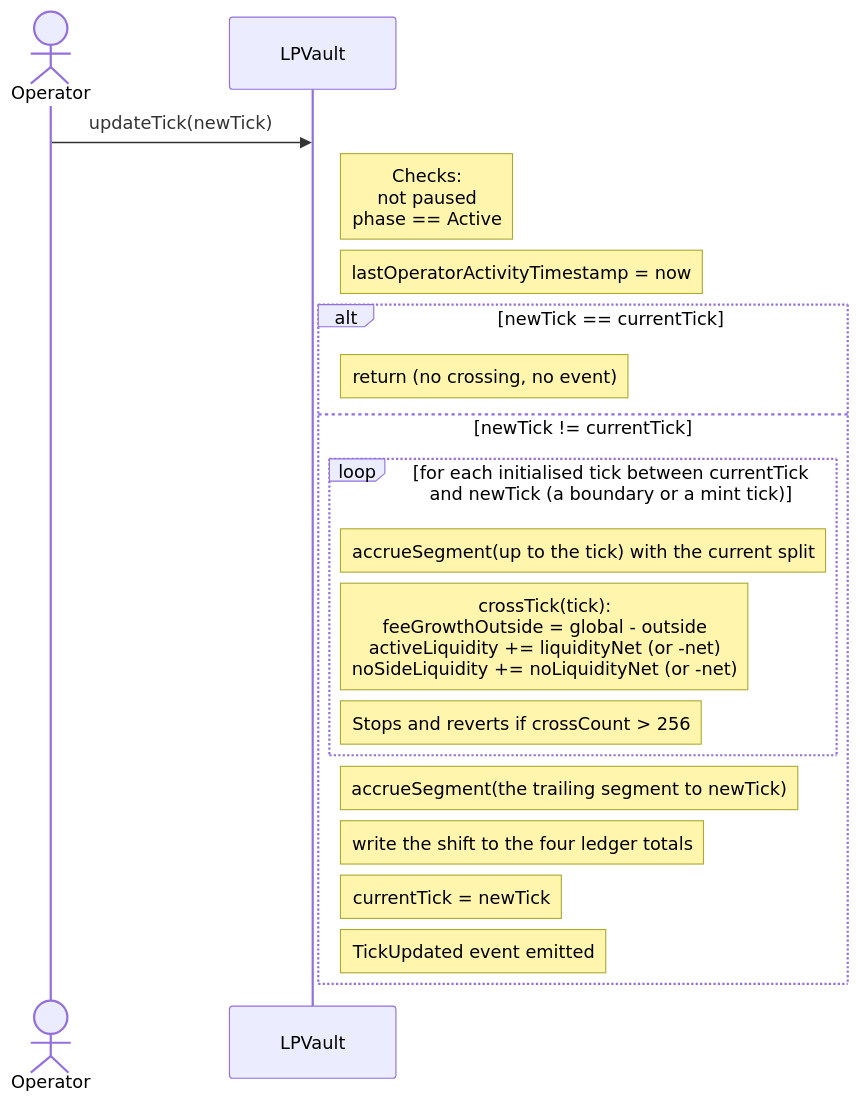
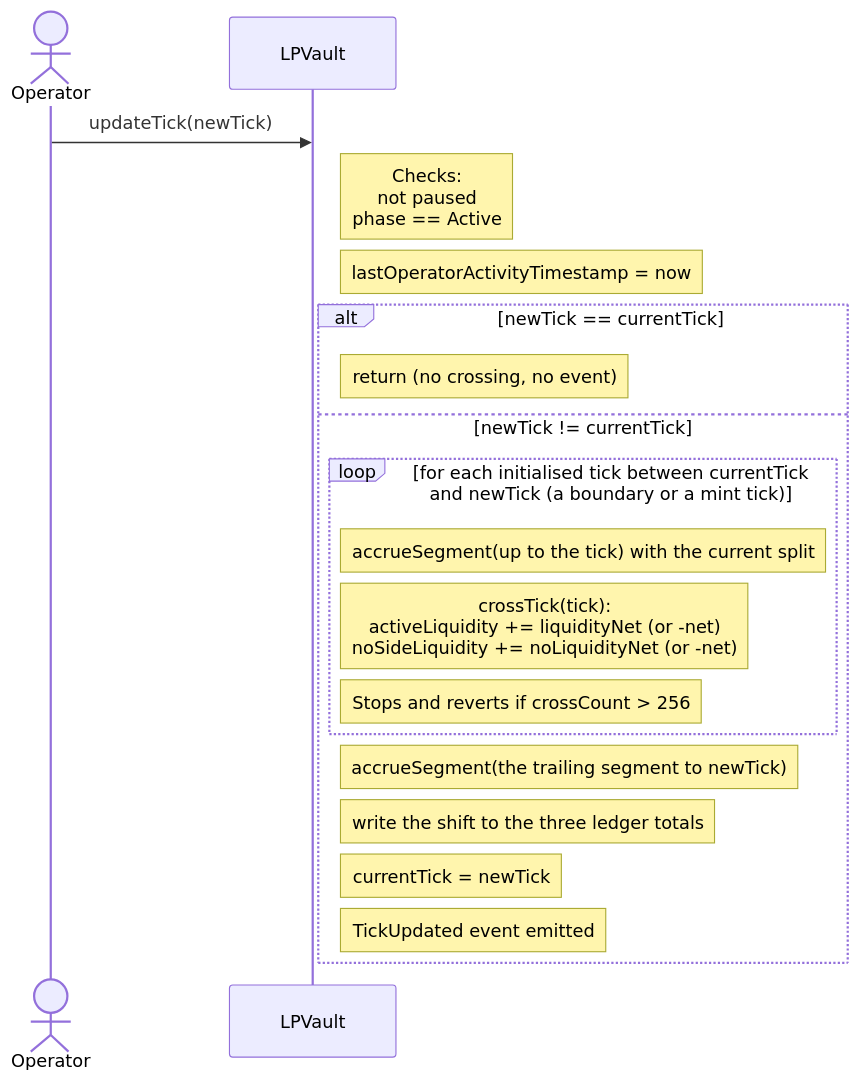
The tenth of 32 diagrams in REFERENCE.md (ProphetMarket/lp-vaults), drawn with Mermaid before and after one commit. The commit also changed other lines of this file and 3 other files, not shown here.

````diff
--- a/REFERENCE.md
+++ b/REFERENCE.md
@@ -554,24 +511,24 @@
 ```mermaid
 sequenceDiagram
     actor Operator
     participant Vault as LPVault
 
     Operator->>Vault: updateTick(newTick)
     Note right of Vault: Checks:<br/>not paused<br/>phase == Active
     Note right of Vault: lastOperatorActivityTimestamp = now
 
     alt newTick == currentTick
         Note right of Vault: return (no crossing, no event)
     else newTick != currentTick
         loop for each initialised tick between currentTick and newTick (a boundary or a mint tick)
             Note right of Vault: accrueSegment(up to the tick) with the current split
-            Note right of Vault: crossTick(tick):<br/>feeGrowthOutside = global - outside<br/>activeLiquidity += liquidityNet (or -net)<br/>noSideLiquidity += noLiquidityNet (or -net)
+            Note right of Vault: crossTick(tick):<br/>activeLiquidity += liquidityNet (or -net)<br/>noSideLiquidity += noLiquidityNet (or -net)
             Note right of Vault: Stops and reverts if crossCount > 256
         end
         Note right of Vault: accrueSegment(the trailing segment to newTick)
-        Note right of Vault: write the shift to the four ledger totals
+        Note right of Vault: write the shift to the three ledger totals
 
         Note right of Vault: currentTick = newTick
         Note right of Vault: TickUpdated event emitted
     end
 ```
````
